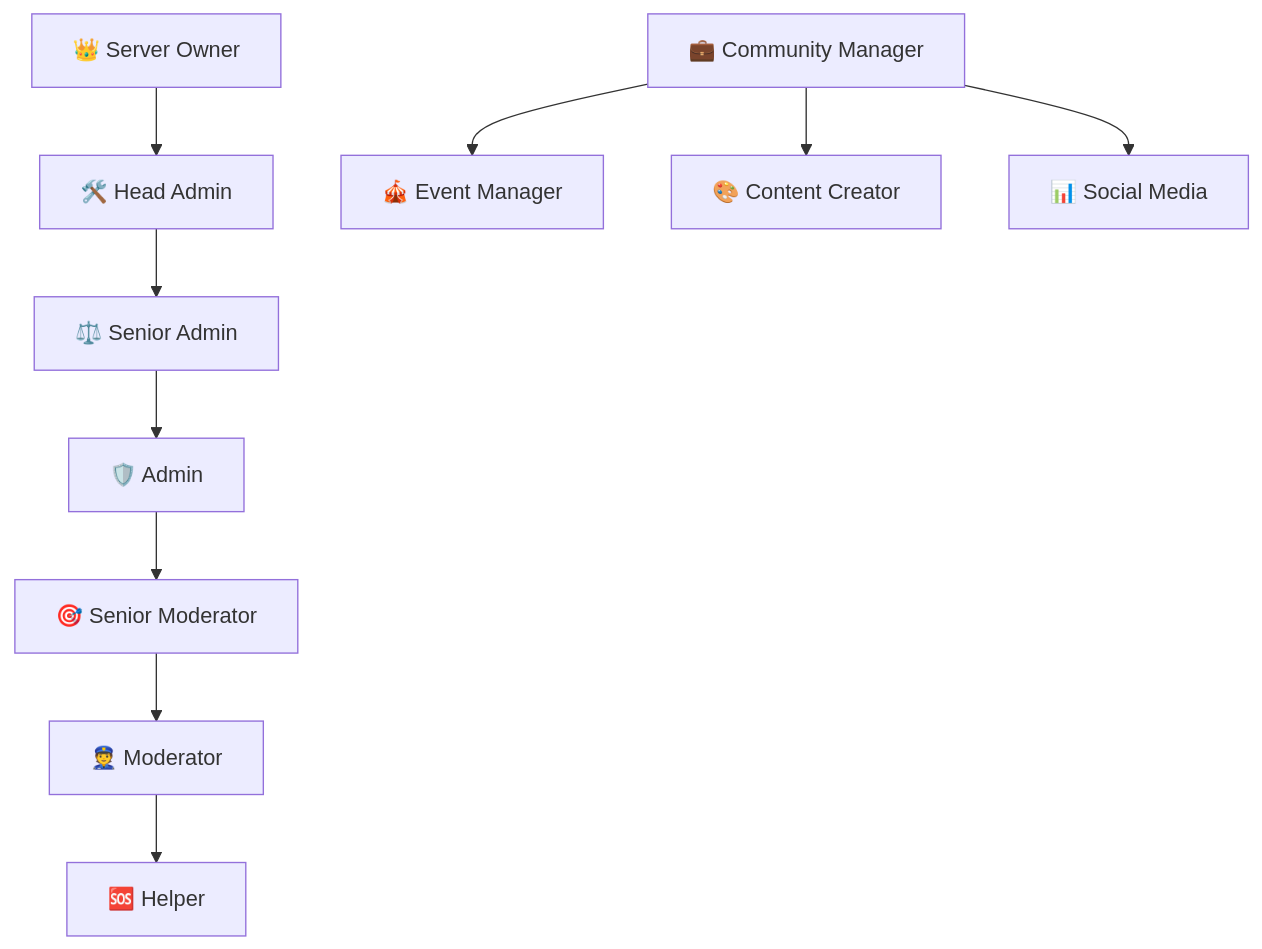
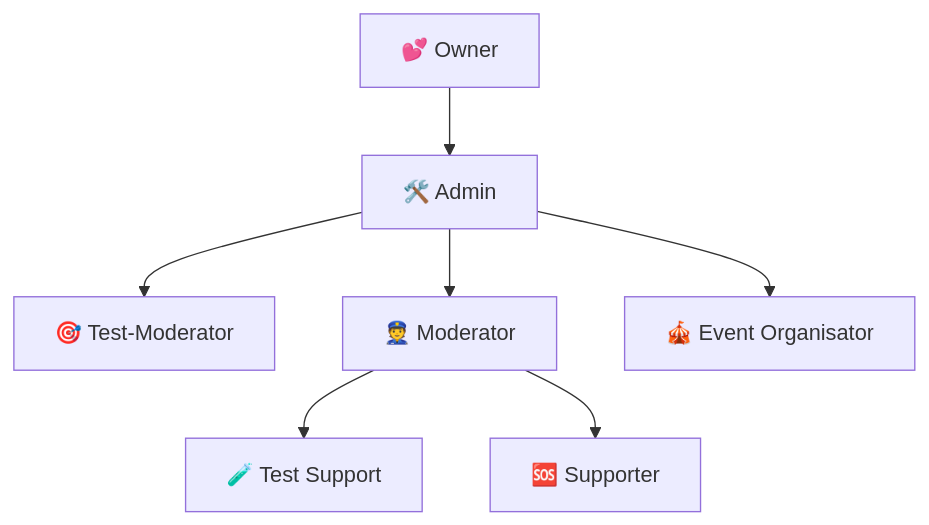
Before and after one commit to AlexInABox/zeitvertreib-wiki: the diagram in team/structure.md, drawn with Mermaid. The commit also changed other lines of this file, not shown here.

````diff
--- a/team/structure.md
+++ b/team/structure.md
@@ -14,13 +14,10 @@
 ```mermaid
-graph TD
-    A[👑 Server Owner] --> B[🛠️ Head Admin]
-    B --> C[⚖️ Senior Admin]
-    C --> D[🛡️ Admin]
-    D --> E[🎯 Senior Moderator]
-    E --> F[👮 Moderator]
-    F --> G[🆘 Helper]
-    
-    H[💼 Community Manager] --> I[🎪 Event Manager]
-    H --> J[🎨 Content Creator]
-    H --> K[📊 Social Media]
+graph TD;
+    A[💕 Owner] --> B[🛠️ Admin]
+    B --> D[🎯 Test-Moderator]
+    B --> C[👮 Moderator]
+    C --> F[🧪 Test Support]
+    C --> E[🆘 Supporter]
+
+    B --> G[🎪 Event Organisator]
 ```
````
